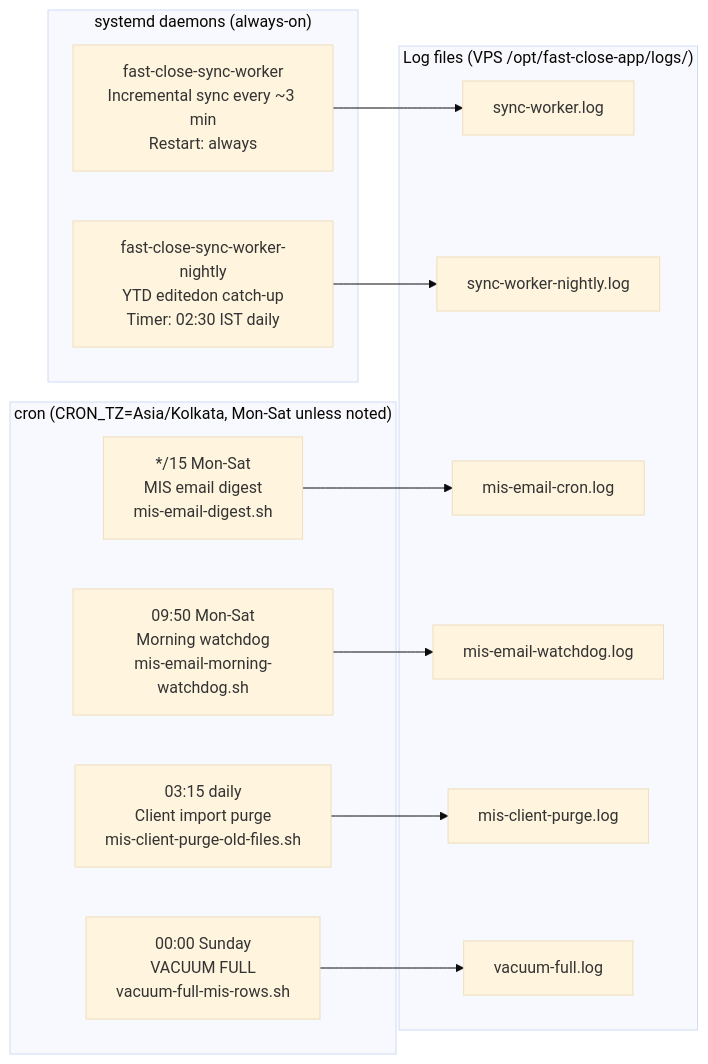
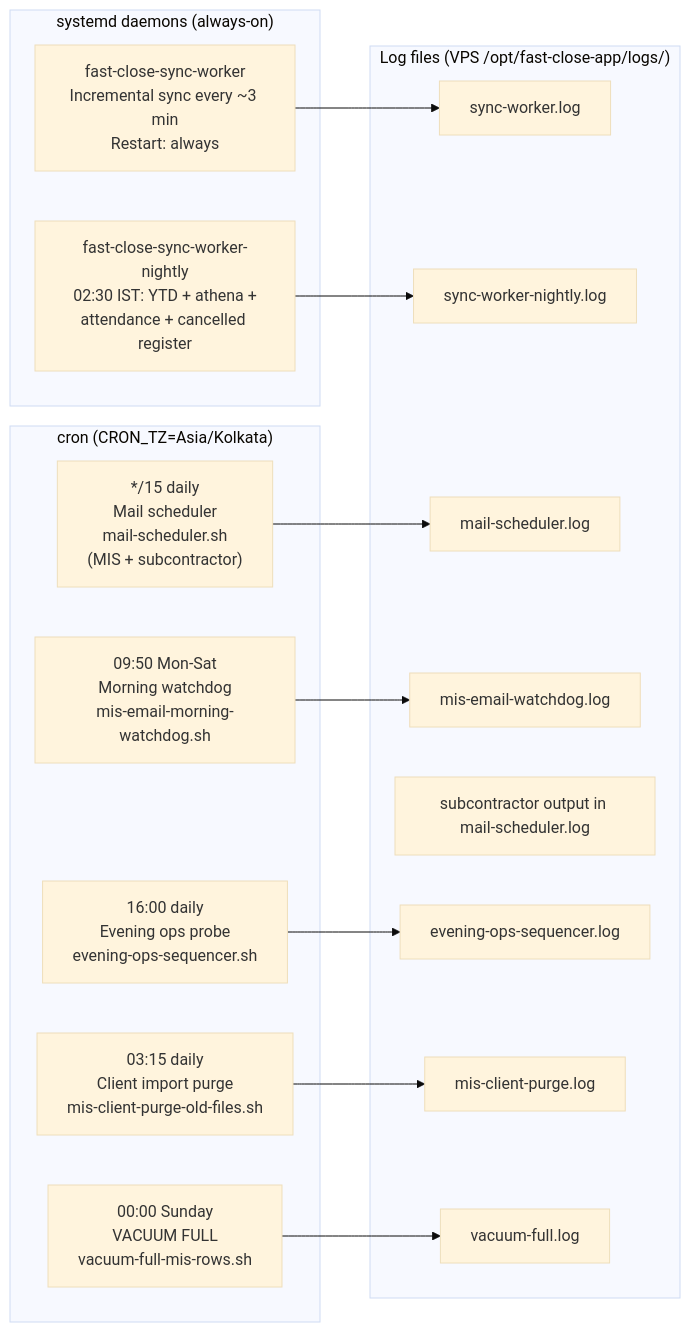
Before and after one commit to Vishun-Projects/wrl-dashboard: diagram 16 of 20 in docs/ARCHITECTURE.md, drawn with Mermaid (base theme). The commit also changed other lines of this file and 137 other files, not shown here.

````diff
--- a/docs/ARCHITECTURE.md
+++ b/docs/ARCHITECTURE.md
@@ -719,30 +1005,34 @@
 ```mermaid
 flowchart LR
     subgraph DAEMON["systemd daemons (always-on)"]
         D1["fast-close-sync-worker\nIncremental sync every ~3 min\nRestart: always"]
-        D2["fast-close-sync-worker-nightly\nYTD editedon catch-up\nTimer: 02:30 IST daily"]
+        D2["fast-close-sync-worker-nightly\n02:30 IST: YTD + athena +\nattendance + cancelled register"]
     end
 
-    subgraph CRON["cron (CRON_TZ=Asia/Kolkata, Mon-Sat unless noted)"]
-        C1["*/15 Mon-Sat\nMIS email digest\nmis-email-digest.sh"]
+    subgraph CRON["cron (CRON_TZ=Asia/Kolkata)"]
+        C1["*/15 daily\nMail scheduler\nmail-scheduler.sh\n(MIS + subcontractor)"]
         C2["09:50 Mon-Sat\nMorning watchdog\nmis-email-morning-watchdog.sh"]
-        C3["03:15 daily\nClient import purge\nmis-client-purge-old-files.sh"]
-        C4["00:00 Sunday\nVACUUM FULL\nvacuum-full-mis-rows.sh"]
+        C4["16:00 daily\nEvening ops probe\nevening-ops-sequencer.sh"]
+        C5["03:15 daily\nClient import purge\nmis-client-purge-old-files.sh"]
+        C6["00:00 Sunday\nVACUUM FULL\nvacuum-full-mis-rows.sh"]
     end
 
     subgraph LOGS["Log files (VPS /opt/fast-close-app/logs/)"]
         L1[sync-worker.log]
         L2[sync-worker-nightly.log]
-        L3[mis-email-cron.log]
+        L3[mail-scheduler.log]
         L4[mis-email-watchdog.log]
-        L5[mis-client-purge.log]
-        L6[vacuum-full.log]
+        L5[subcontractor output in mail-scheduler.log]
+        L6[evening-ops-sequencer.log]
+        L7[mis-client-purge.log]
+        L8[vacuum-full.log]
     end
 
     D1 --> L1
     D2 --> L2
     C1 --> L3
     C2 --> L4
-    C3 --> L5
     C4 --> L6
+    C5 --> L7
+    C6 --> L8
 ```
````
